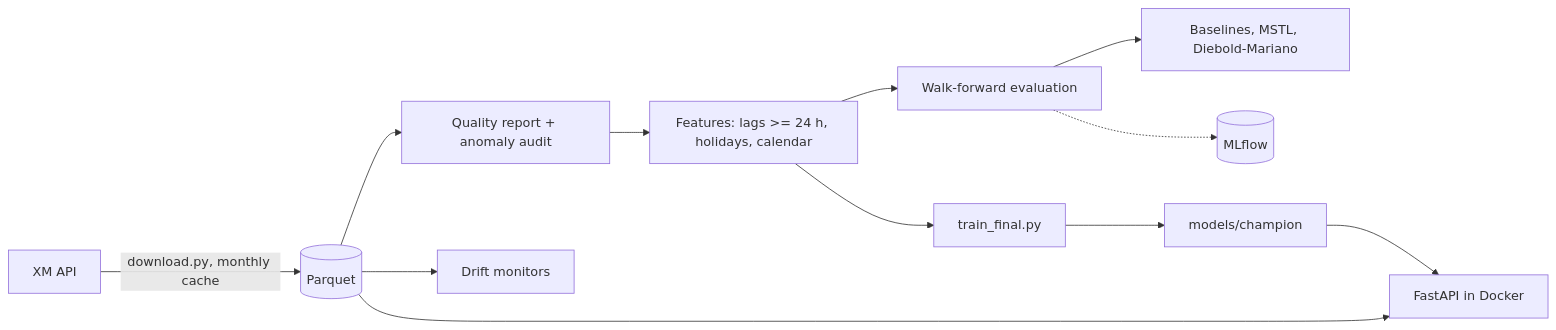
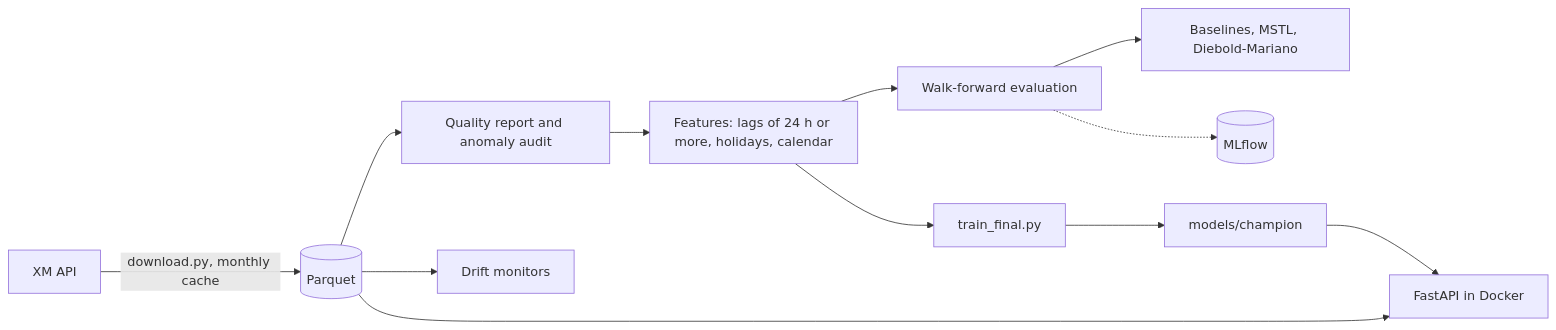
The diagram in README.md (Juanangara/xm-demand-forecast), drawn with Mermaid before and after one commit.

Commit message:
Fix the README diagram so GitHub can render it (quoted labels, no special characters)

````diff
--- a/README.md
+++ b/README.md
@@ -24,14 +24,14 @@
 ```mermaid
 flowchart LR
-    XM[XM API] -->|download.py, monthly cache| RAW[(Parquet)]
-    RAW --> AUDIT[Quality report + anomaly audit]
-    AUDIT --> FEAT[Features: lags >= 24 h, holidays, calendar]
-    FEAT --> WF[Walk-forward evaluation]
-    WF --> CMP[Baselines, MSTL, Diebold-Mariano]
-    WF -.-> MLF[(MLflow)]
-    FEAT --> FINAL[train_final.py]
-    FINAL --> MODEL[models/champion]
-    MODEL --> API[FastAPI in Docker]
+    XM["XM API"] -->|"download.py, monthly cache"| RAW[("Parquet")]
+    RAW --> AUDIT["Quality report and anomaly audit"]
+    AUDIT --> FEAT["Features: lags of 24 h or more, holidays, calendar"]
+    FEAT --> WF["Walk-forward evaluation"]
+    WF --> CMP["Baselines, MSTL, Diebold-Mariano"]
+    WF -.-> MLF[("MLflow")]
+    FEAT --> FINAL["train_final.py"]
+    FINAL --> MODEL["models/champion"]
+    MODEL --> API["FastAPI in Docker"]
     RAW --> API
-    RAW --> MON[Drift monitors]
+    RAW --> MON["Drift monitors"]
 ```
````
